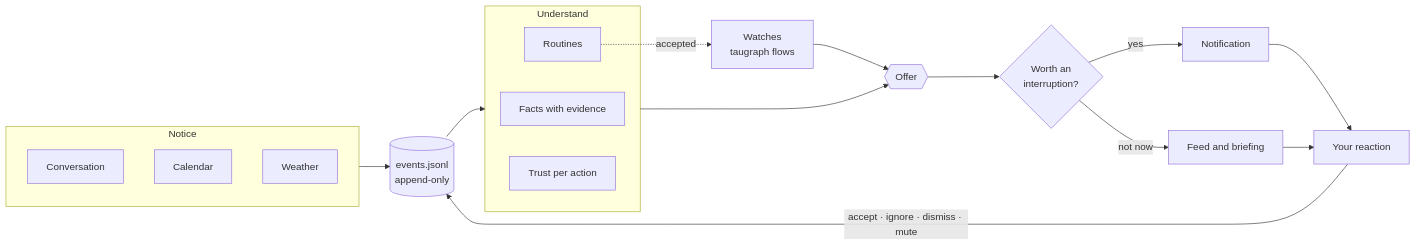
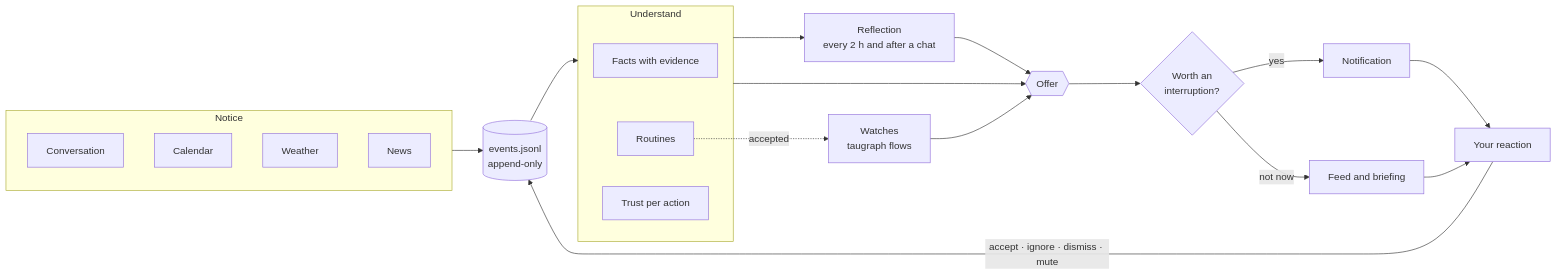
One commit to lycenxx/moqi changed the first of 2 diagrams in README.md. Above: the diagram before and after it, drawn with Mermaid. The commit also changed other lines of this file and 28 other files, not shown here.

Commit message:
feat: reflection — moqi thinks about you on its own: ideas, questions and news; console at moqi.localhost:6674

````diff
--- a/README.md
+++ b/README.md
@@ -17,27 +17,30 @@
 ```mermaid
 flowchart LR
   subgraph notice [Notice]
     talk[Conversation]
     cal[Calendar]
     wx[Weather]
+    rss[News]
   end
   log[("events.jsonl<br/>append-only")]
   subgraph understand [Understand]
     facts[Facts with evidence]
     routines[Routines]
     trust[Trust per action]
   end
   watches[Watches<br/>taugraph flows]
+  think[Reflection<br/>every 2 h and after a chat]
   offer{{Offer}}
   gate{Worth an<br/>interruption?}
   notice --> log --> understand
+  understand --> think --> offer
   understand --> offer
   watches --> offer
   routines -.->|accepted| watches
   offer --> gate
   gate -->|yes| notify[Notification]
   gate -->|not now| feed[Feed and briefing]
   notify --> react[Your reaction]
   feed --> react
   react -->|accept · ignore · dismiss · mute| log
 ```
````
